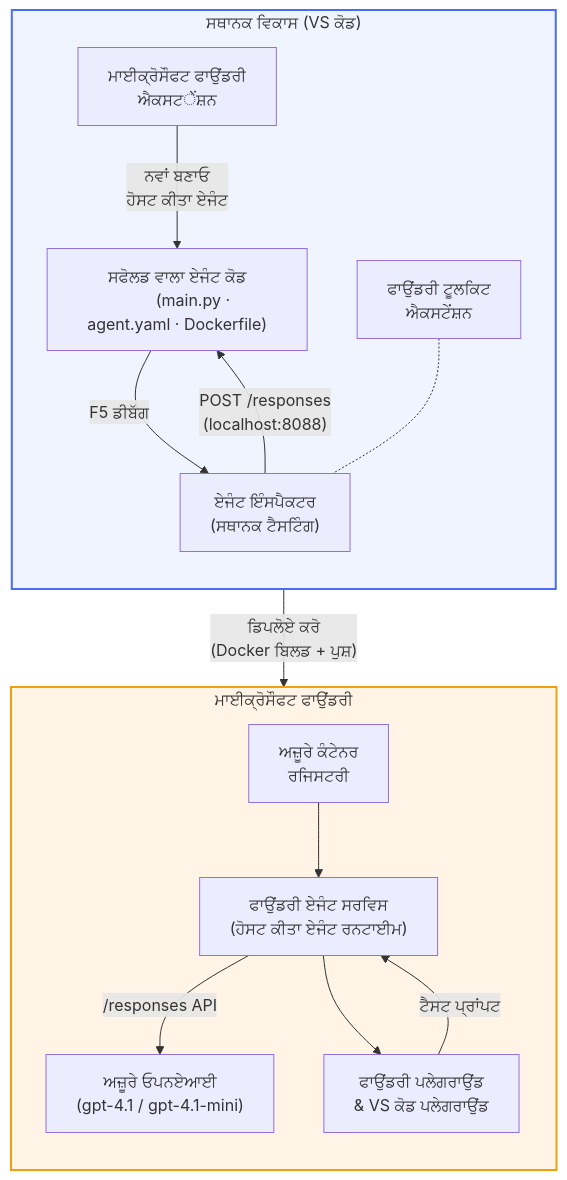
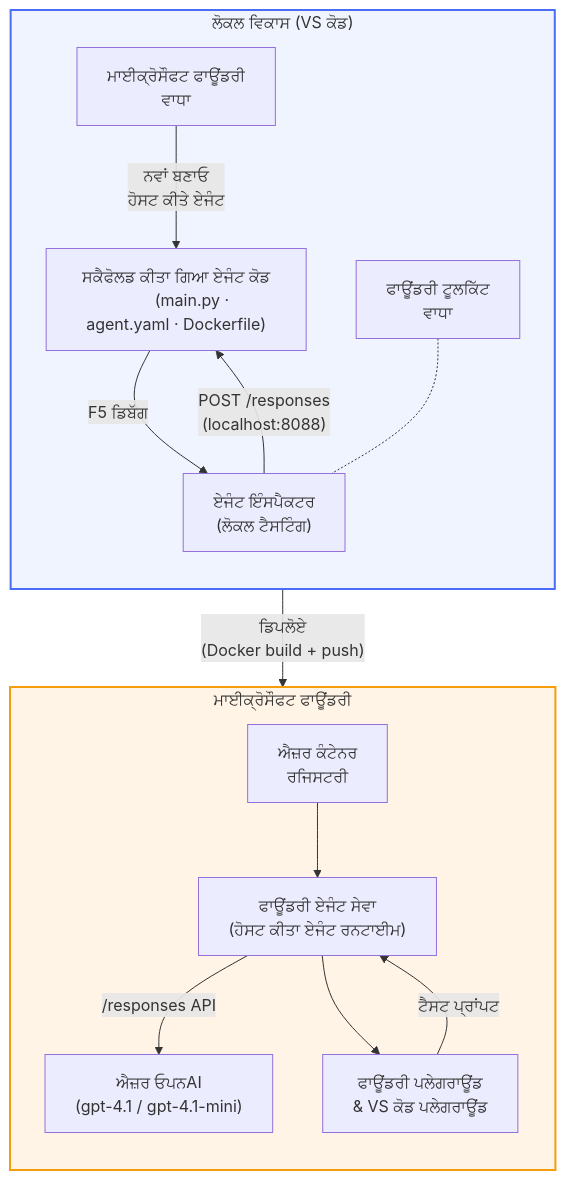
Before and after one commit to microsoft-foundry/Foundry_Toolkit_for_VSCode_Lab: the diagram in translations/pa/README.md, drawn with Mermaid. The commit also changed other lines of this file and 110 other files, not shown here.

````diff
--- a/translations/pa/README.md
+++ b/translations/pa/README.md
@@ -48,42 +52,42 @@
 ```mermaid
 flowchart TB
-    subgraph Local["ਸਥਾਨਕ ਵਿਕਾਸ (VS ਕੋਡ)"]
+    subgraph Local["ਲੋਕਲ ਵਿਕਾਸ (VS ਕੋਡ)"]
         direction TB
-        FE["ਮਾਈਕ੍ਰੋਸੌਫਟ ਫਾਉਂਡਰੀ
-        ਐਕਸਟेंਸ਼ਨ"]
-        FoundryToolkit["ਫਾਉਂਡਰੀ ਟੂਲਕਿਟ
-        ਐਕਸਟੇਂਸ਼ਨ"]
-        Scaffold["ਸਫੋਲਡ ਵਾਲਾ ਏਜੰਟ ਕੋਡ
+        FE["ਮਾਈਕ੍ਰੋਸੌਫਟ ਫਾਊਂਡਰੀ
+        ਵਾਧਾ"]
+        FoundryToolkit["ਫਾਊਂਡਰੀ ਟੂਲਕਿੱਟ
+        ਵਾਧਾ"]
+        Scaffold["ਸਕੈਫੋਲਡ ਕੀਤਾ ਗਿਆ ਏਜੰਟ ਕੋਡ
         (main.py · agent.yaml · Dockerfile)"]
         Inspector["ਏਜੰਟ ਇੰਸਪੈਕਟਰ
-        (ਸਥਾਨਕ ਟੈਸਟਿੰਗ)"]
+        (ਲੋਕਲ ਟੈਸਟਿੰਗ)"]
         FE -- "ਨਵਾਂ ਬਣਾਓ
-        ਹੋਸਟ ਕੀਤਾ ਏਜੰਟ" --> Scaffold
-        Scaffold -- "F5 ਡੀਬੱਗ" --> Inspector
+        ਹੋਸਟ ਕੀਤੇ ਏਜੰਟ" --> Scaffold
+        Scaffold -- "F5 ਡਿਬੱਗ" --> Inspector
         FoundryToolkit -.- Inspector
     end
 
-    subgraph Cloud["ਮਾਈਕ੍ਰੋਸੌਫਟ ਫਾਉਂਡਰੀ"]
+    subgraph Cloud["ਮਾਈਕ੍ਰੋਸੌਫਟ ਫਾਊਂਡਰੀ"]
         direction TB
-        ACR["ਅਜ਼ੂਰੇ ਕੰਟੇਨਰ
+        ACR["ਐਜ਼ਰ ਕੰਟੇਨਰ
         ਰਜਿਸਟਰੀ"]
-        AgentService["ਫਾਉਂਡਰੀ ਏਜੰਟ ਸਰਵਿਸ
+        AgentService["ਫਾਊਂਡਰੀ ਏਜੰਟ ਸੇਵਾ
         (ਹੋਸਟ ਕੀਤਾ ਏਜੰਟ ਰਨਟਾਈਮ)"]
-        Model["ਅਜ਼ੂਰੇ ਓਪਨਏਆਈ
+        Model["ਐਜ਼ਰ ਓਪਨAI
         (gpt-4.1 / gpt-4.1-mini)"]
-        Playground["ਫਾਉਂਡਰੀ ਪਲੇਗਰਾਉਂਡ
-        & VS ਕੋਡ ਪਲੇਗਰਾਉਂਡ"]
+        Playground["ਫਾਊਂਡਰੀ ਪਲੇਗਰਾਊਂਡ
+        & VS ਕੋਡ ਪਲੇਗਰਾਊਂਡ"]
         ACR --> AgentService
         AgentService -- "/responses API" --> Model
         AgentService --> Playground
     end
 
-    Scaffold -- "ਡਿਪਲੋਏ ਕਰੋ
-    (Docker ਬਿਲਡ + ਪੁਸ਼)" --> ACR
+    Scaffold -- "ਡਿਪਲੋਏ
+    (Docker build + push)" --> ACR
     Inspector -- "POST /responses
     (localhost:8088)" --> Scaffold
     Playground -- "ਟੈਸਟ ਪ੍ਰਾਂਪਟ" --> AgentService
 
     style Local fill:#f0f4ff,stroke:#4a6cf7,stroke-width:2px
     style Cloud fill:#fff4e6,stroke:#f59e0b,stroke-width:2px
 ```
````
